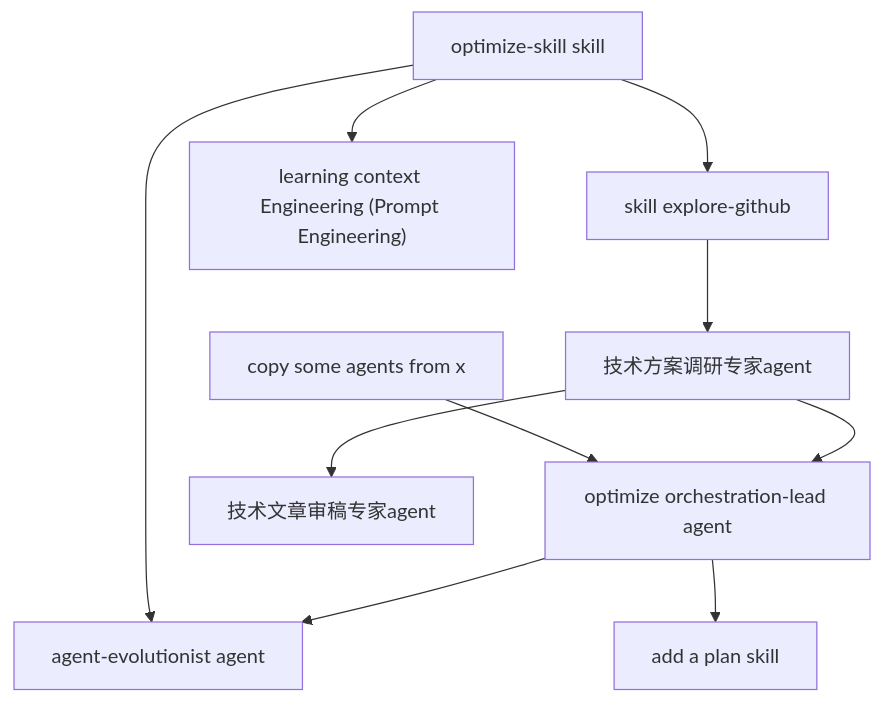
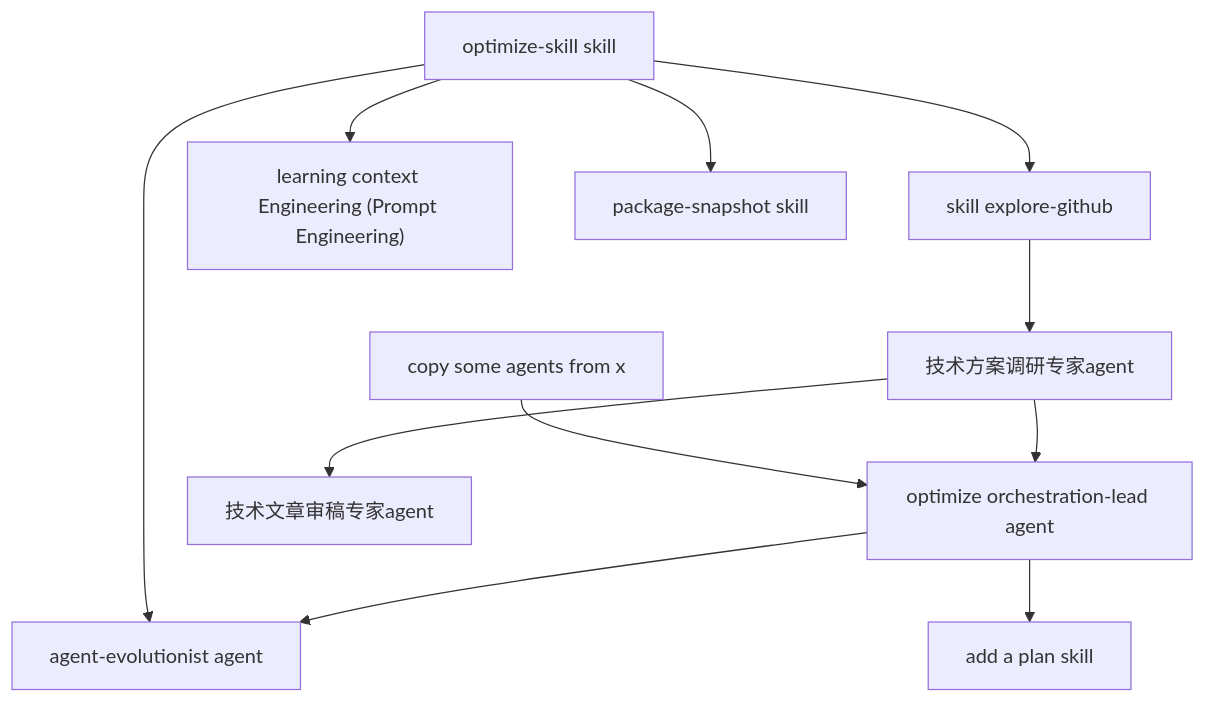
One commit to YMoose/my-claude-sidekick changed the diagram in todos.md. Above: the diagram before and after it, drawn with Mermaid. The commit also changed other lines of this file, not shown here.

````diff
--- a/todos.md
+++ b/todos.md
@@ -56,22 +61,24 @@
 ```mermaid
 flowchart TD
     20260225_0["copy some agents from x"]
     20260225_1["optimize orchestration-lead agent"]
     20260225_2["add a plan skill"]
     20260225_3["optimize-skill skill"]
     20260225_4["agent-evolutionist agent"]
     20260225_5["skill explore-github"]
     20260225_6["技术方案调研专家agent"]
     20260225_7["技术文章审稿专家agent"]
     20260226_8["learning context Engineering (Prompt Engineering)"]
+    20260301_9["package-snapshot skill"]
 
     20260225_0 --> 20260225_1
     20260225_1 --> 20260225_2
     20260225_3 --> 20260225_4
     20260225_1 --> 20260225_4
     20260225_3 --> 20260225_5
     20260225_6 --> 20260225_1
     20260225_5 --> 20260225_6
     20260225_6 --> 20260225_7
     20260225_3 --> 20260226_8
+    20260225_3 --> 20260301_9
 ```
````
